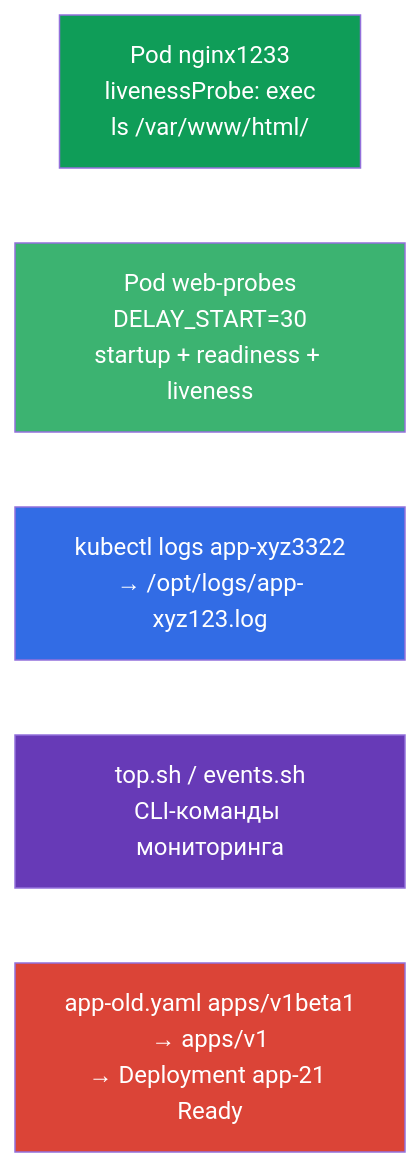
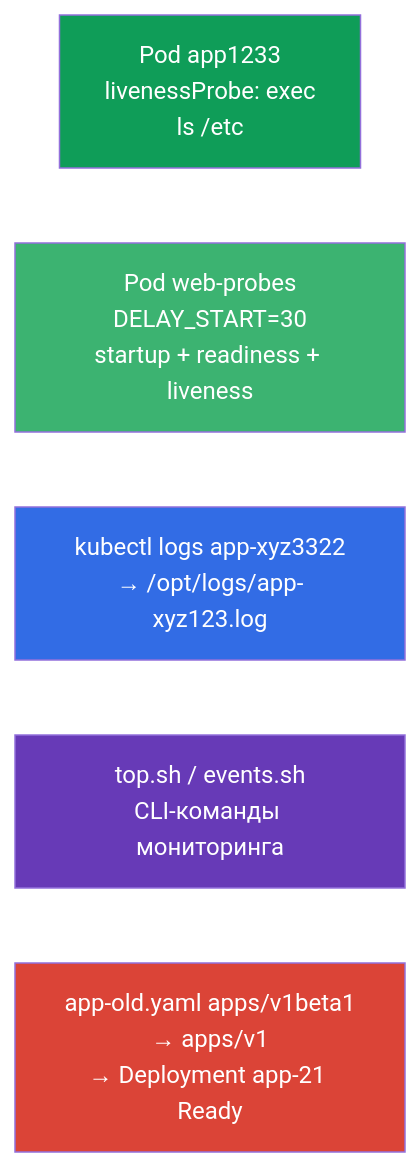
One commit to ViktorUJ/cks changed the diagram in tasks/cka/labs/109/README_RU.MD. Above: the diagram before and after it, drawn with Mermaid. The commit also changed other lines of this file and 2 other files, not shown here.

````diff
--- a/tasks/cka/labs/109/README_RU.MD
+++ b/tasks/cka/labs/109/README_RU.MD
@@ -40,17 +40,17 @@
 ```mermaid
 flowchart TB
-    a["Pod nginx1233<br>livenessProbe: exec<br>ls /var/www/html/"]
+    a["Pod app1233<br>livenessProbe: exec<br>ls /etc"]
     e["Pod web-probes<br>DELAY_START=30<br>startup + readiness + liveness"]
     b["kubectl logs app-xyz3322<br>→ /opt/logs/app-xyz123.log"]
     c["top.sh / events.sh<br>CLI-команды мониторинга"]
     d["app-old.yaml apps/v1beta1<br>→ apps/v1<br>→ Deployment app-21 Ready"]
     a ~~~ e
     e ~~~ b
     b ~~~ c
     c ~~~ d
     style a fill:#0f9d58,color:#fff
     style e fill:#3cb371,color:#fff
     style b fill:#326ce5,color:#fff
     style c fill:#673ab7,color:#fff
     style d fill:#db4437,color:#fff
 ```
````
